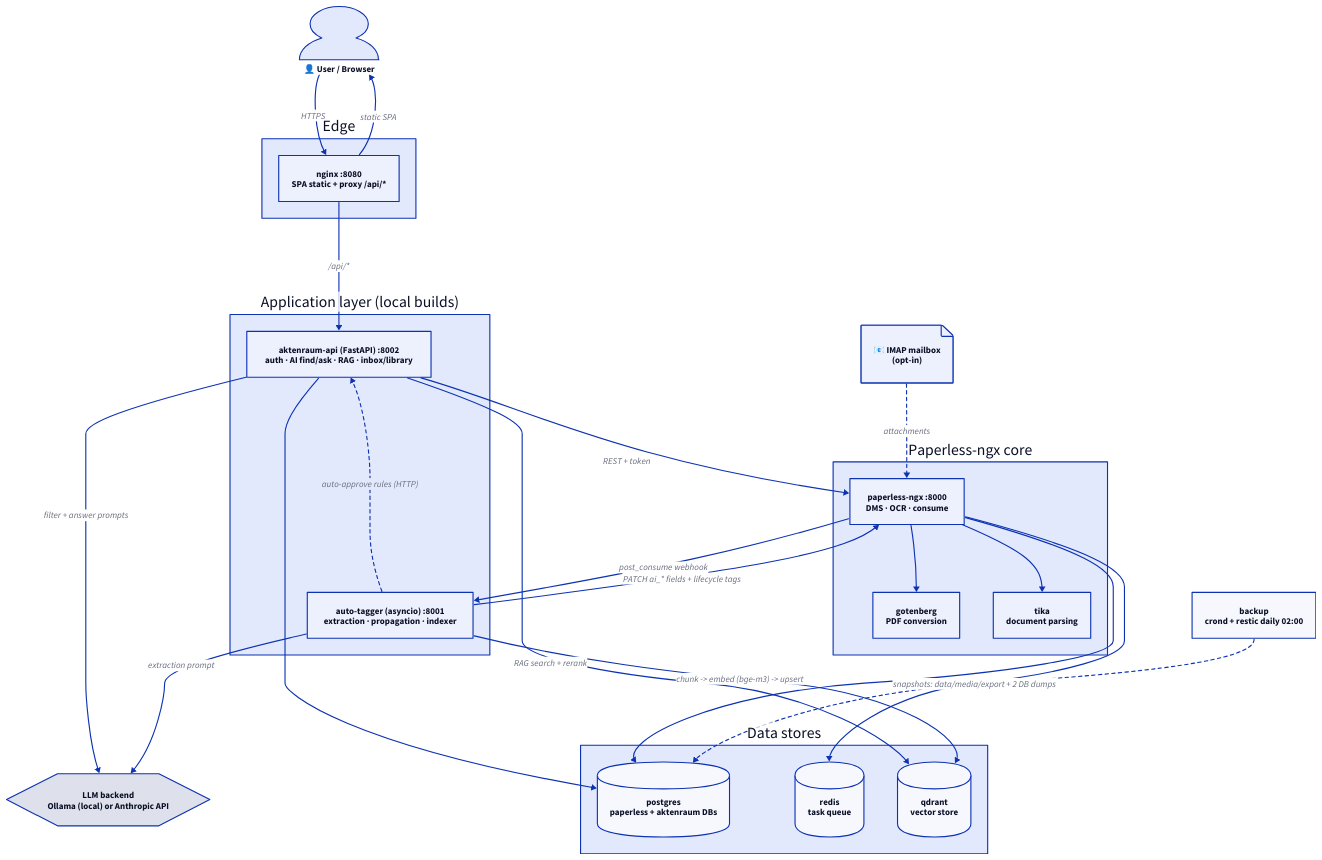
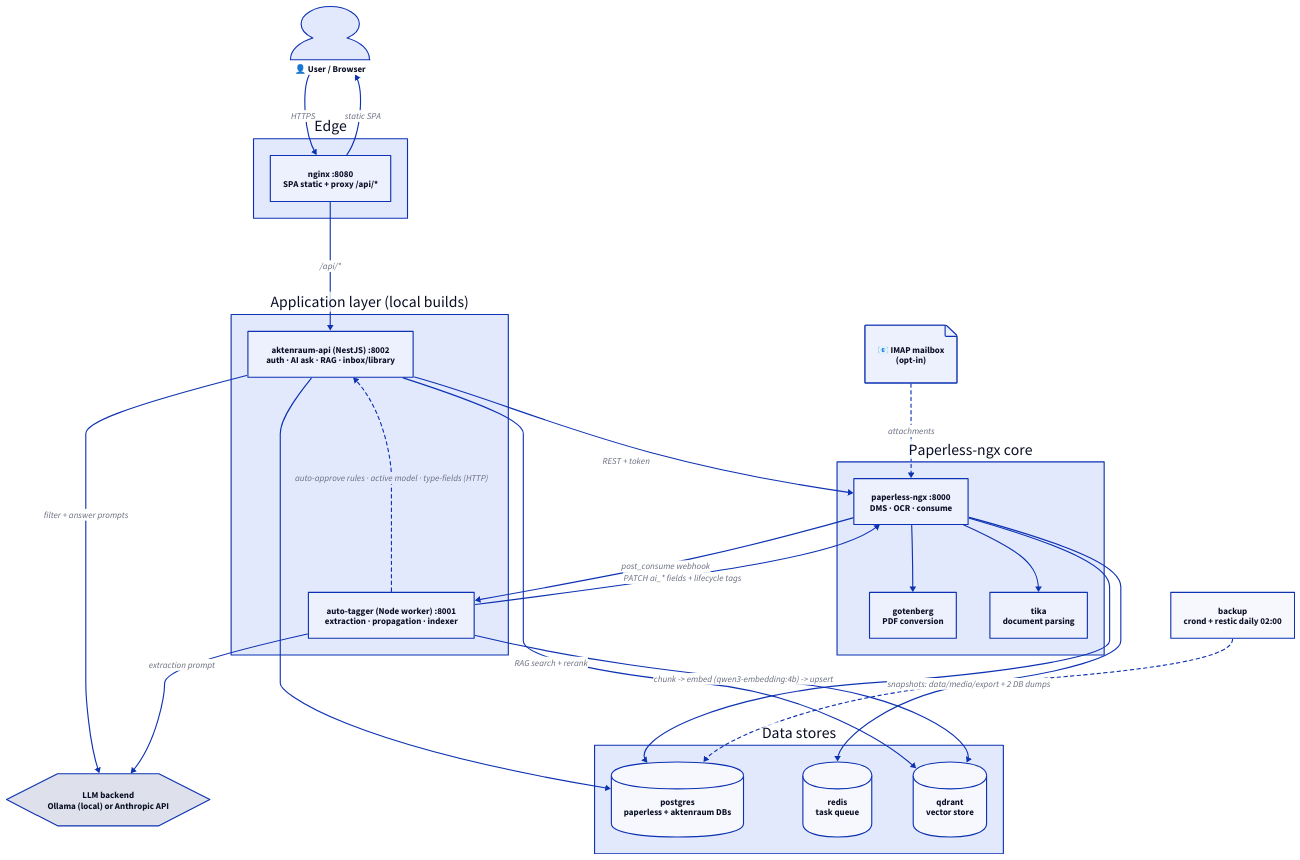
The third of 7 diagrams in docs/architecture-diagram.md (aram877/aktenraum), drawn with D2 before and after one commit. The commit also changed other lines of this file and 23 other files, not shown here.

````diff
--- a/docs/architecture-diagram.md
+++ b/docs/architecture-diagram.md
@@ -107,51 +118,51 @@
 ```d2
 user: 👤 User / Browser {shape: person}
 llm: LLM backend\nOllama (local) or Anthropic API {shape: hexagon}
 mail: 📧 IMAP mailbox\n(opt-in) {shape: page}
 
 edge: Edge {
   nginx: nginx :8080\nSPA static + proxy /api/*
 }
 
 app: Application layer (local builds) {
-  api: aktenraum-api (FastAPI) :8002\nauth · AI find/ask · RAG · inbox/library
-  tagger: auto-tagger (asyncio) :8001\nextraction · propagation · indexer
+  api: aktenraum-api (NestJS) :8002\nauth · AI ask · RAG · inbox/library
+  tagger: auto-tagger (Node worker) :8001\nextraction · propagation · indexer
 }
 
 paperless_core: Paperless-ngx core {
   paperless: paperless-ngx :8000\nDMS · OCR · consume
   gotenberg: gotenberg\nPDF conversion
   tika: tika\ndocument parsing
 }
 
 data: Data stores {
   pg: postgres\npaperless + aktenraum DBs {shape: cylinder}
   redis: redis\ntask queue {shape: cylinder}
   qdrant: qdrant\nvector store {shape: cylinder}
 }
 
 backup: backup\ncrond + restic daily 02:00
 
 user -> edge.nginx: HTTPS
 edge.nginx -> app.api: /api/*
 edge.nginx -> user: static SPA
 
 app.api -> paperless_core.paperless: REST + token
 app.api -> data.qdrant: RAG search + rerank
 app.api -> llm: filter + answer prompts
 app.api -> data.pg
 
 mail -> paperless_core.paperless: attachments {style.stroke-dash: 3}
 paperless_core.paperless -> paperless_core.gotenberg
 paperless_core.paperless -> paperless_core.tika
 paperless_core.paperless -> data.pg
 paperless_core.paperless -> data.redis
 paperless_core.paperless -> app.tagger: post_consume webhook
 
 app.tagger -> llm: extraction prompt
 app.tagger -> paperless_core.paperless: PATCH ai_* fields + lifecycle tags
-app.tagger -> data.qdrant: chunk -> embed (bge-m3) -> upsert
-app.tagger -> app.api: auto-approve rules (HTTP) {style.stroke-dash: 3}
+app.tagger -> data.qdrant: chunk -> embed (qwen3-embedding:4b) -> upsert
+app.tagger -> app.api: auto-approve rules · active model · type-fields (HTTP) {style.stroke-dash: 3}
 
 backup -> data.pg: snapshots: data/media/export + 2 DB dumps {style.stroke-dash: 3}
 ```
````
